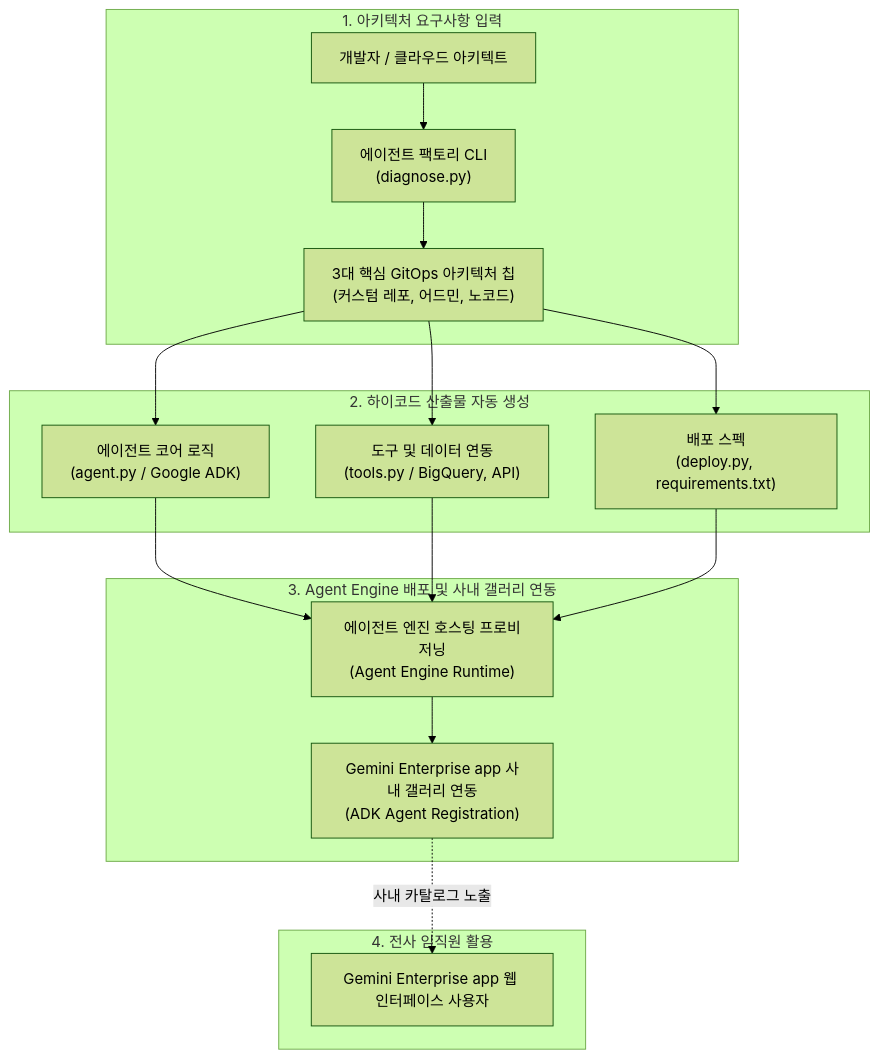
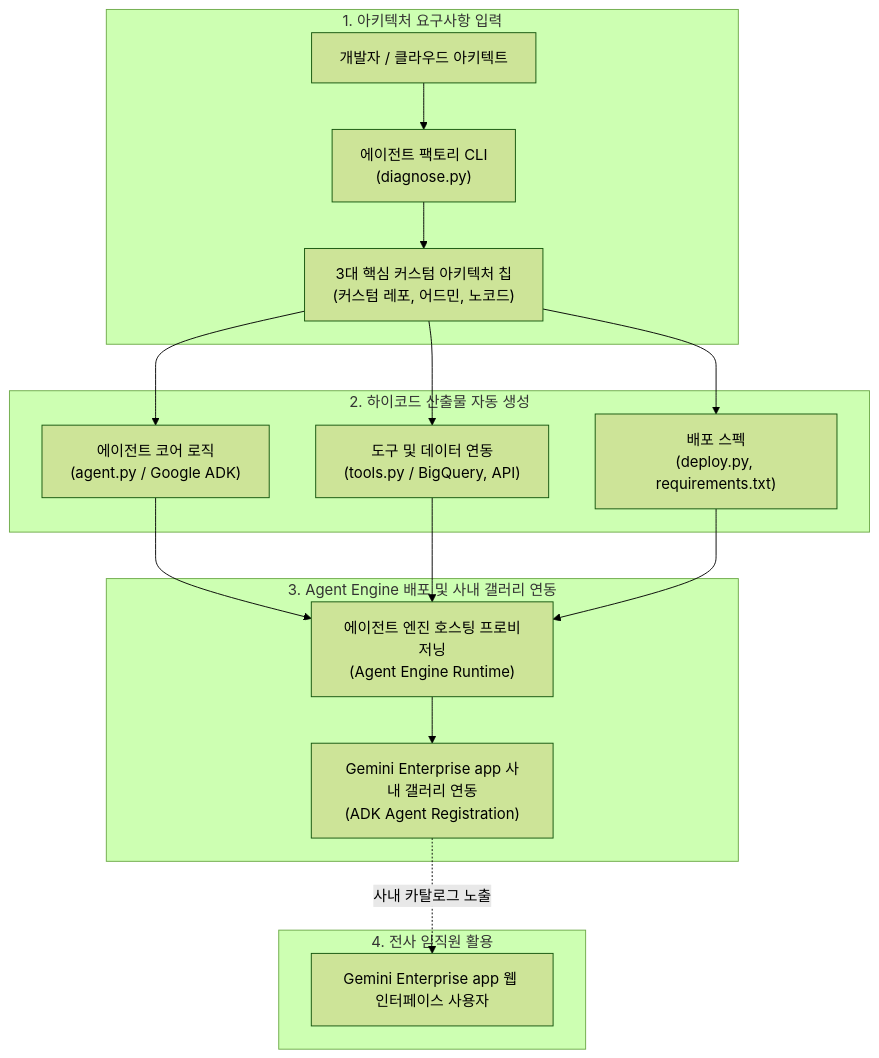
One commit to jiangjun-forge/google-cloud-0-to-1 changed the diagram in samples/gemini-enterprise-copilot-custom/docs/TDD.md. Above: the diagram before and after it, drawn with Mermaid (forest theme). The commit also changed other lines of this file and 10 other files, not shown here.

````diff
--- a/samples/gemini-enterprise-copilot-custom/docs/TDD.md
+++ b/samples/gemini-enterprise-copilot-custom/docs/TDD.md
@@ -23,33 +23,33 @@
 ```mermaid
 flowchart TD
     subgraph InputPhase ["1. 아키텍처 요구사항 입력"]
         Dev["개발자 / 클라우드 아키텍트"]
         CLI["에이전트 팩토리 CLI<br/>(diagnose.py)"]
-        PresetEngine["3대 핵심 GitOps 아키텍처 칩<br/>(커스텀 레포, 어드민, 노코드)"]
+        PresetEngine["3대 핵심 커스텀 아키텍처 칩<br/>(커스텀 레포, 어드민, 노코드)"]
         Dev --> CLI
         CLI --> PresetEngine
     end
 
     subgraph CodegenPhase ["2. 하이코드 산출물 자동 생성"]
         AgentCode["에이전트 코어 로직<br/>(agent.py / Google ADK)"]
         ToolsCode["도구 및 데이터 연동<br/>(tools.py / BigQuery, API)"]
         DeploySpec["배포 스펙<br/>(deploy.py, requirements.txt)"]
         PresetEngine --> AgentCode
         PresetEngine --> ToolsCode
         PresetEngine --> DeploySpec
     end
 
     subgraph DeploymentPhase ["3. Agent Engine 배포 및 사내 갤러리 연동"]
         AgentEngine["에이전트 엔진 호스팅 프로비저닝<br/>(Agent Engine Runtime)"]
         GEAppBinding["Gemini Enterprise app 사내 갤러리 연동<br/>(ADK Agent Registration)"]
         AgentCode --> AgentEngine
         ToolsCode --> AgentEngine
         DeploySpec --> AgentEngine
         AgentEngine --> GEAppBinding
     end
 
     subgraph EndUser ["4. 전사 임직원 활용"]
         User["Gemini Enterprise app 웹 인터페이스 사용자"]
         GEAppBinding -.->|"사내 카탈로그 노출"| User
     end
 ```
````
